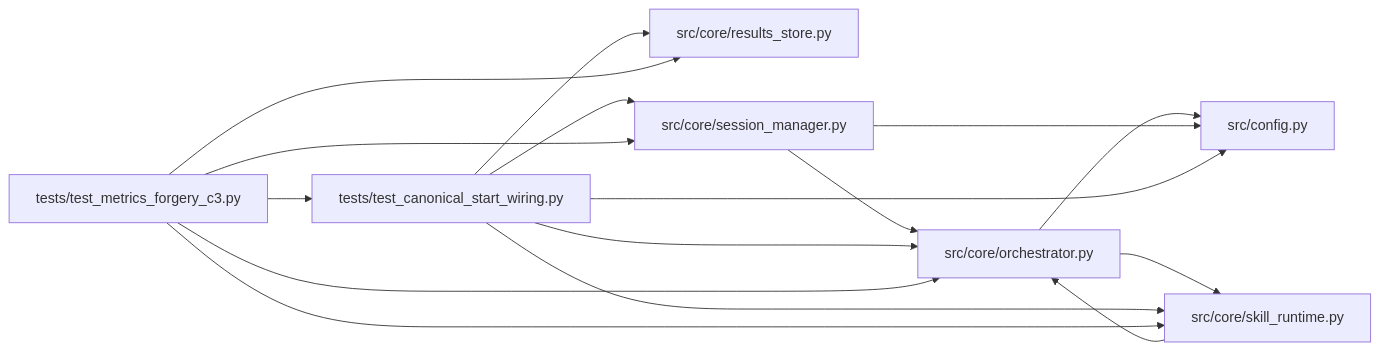
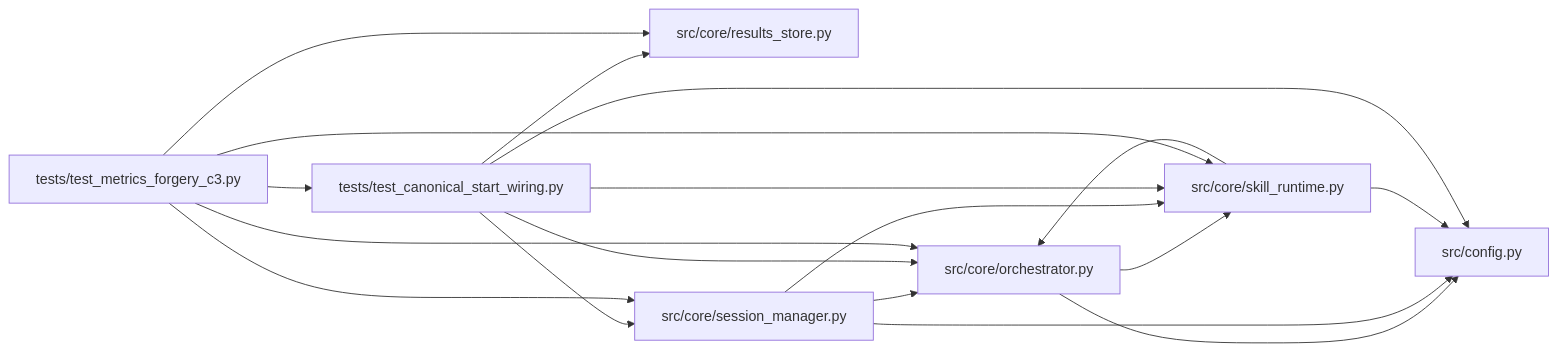
The diagram in docs/llm_wiki/modules/test_canonical_start_wiring.md (Denissvgn/autoresearch-agent), drawn with Mermaid before and after one commit. The commit also changed other lines of this file and 1033 other files, not shown here.

````diff
--- a/docs/llm_wiki/modules/test_canonical_start_wiring.md
+++ b/docs/llm_wiki/modules/test_canonical_start_wiring.md
@@ -45,32 +45,34 @@
 ```mermaid
 flowchart LR
     n0["src/config.py"]
     n1["src/core/orchestrator.py"]
     n2["src/core/results_store.py"]
     n3["src/core/session_manager.py"]
     n4["src/core/skill_runtime.py"]
     n5["tests/test_canonical_start_wiring.py"]
     n6["tests/test_metrics_forgery_c3.py"]
     n1 --> n0
     n1 --> n4
     n3 --> n0
     n3 --> n1
+    n3 --> n4
+    n4 --> n0
     n4 --> n1
     n5 --> n0
     n5 --> n1
     n5 --> n2
     n5 --> n3
     n5 --> n4
     n6 --> n1
     n6 --> n2
     n6 --> n3
     n6 --> n4
     n6 --> n5
     click n0 "../modules/config.md"
     click n1 "../modules/orchestrator.md"
     click n2 "../modules/results_store.md"
     click n3 "../modules/session_manager.md"
     click n4 "../modules/skill_runtime.md"
     click n5 "../modules/test_canonical_start_wiring.md"
     click n6 "../modules/test_metrics_forgery_c3.md"
 ```
````
